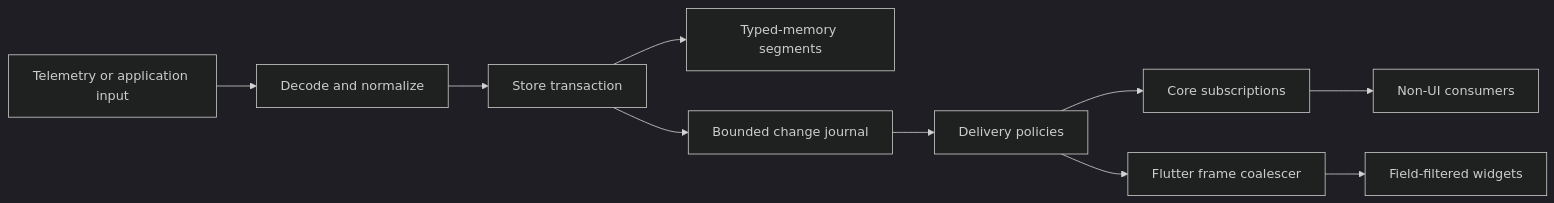
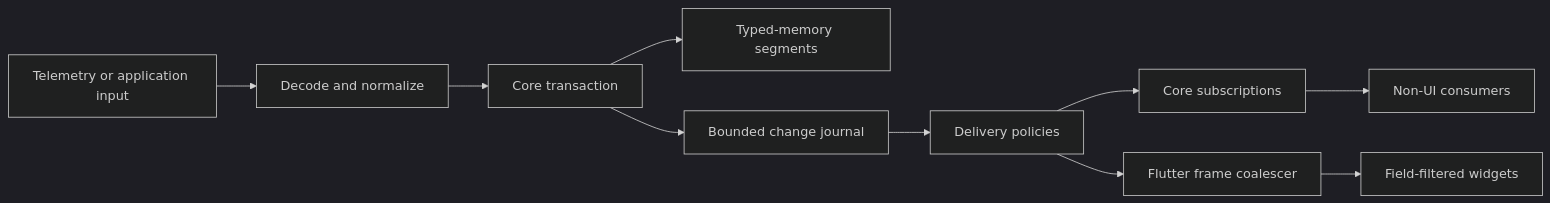
The second of 4 diagrams in docs/architecture.md (JohannesHupp/pulse_slab), drawn with Mermaid (dark theme) before and after one commit. The commit also changed other lines of this file and 192 other files, not shown here.

Commit message:
feat: Split Package in Dart Core Package and Flutter Adapter Package

````diff
--- a/docs/architecture.md
+++ b/docs/architecture.md
@@ -7,12 +25,12 @@
 ```mermaid
 flowchart LR
   Input[Telemetry or application input] --> Decode[Decode and normalize]
-  Decode --> Write[Store transaction]
+  Decode --> Write[Core transaction]
   Write --> Memory[Typed-memory segments]
   Write --> Journal[Bounded change journal]
   Journal --> Policies[Delivery policies]
-  Policies --> Core[Core subscriptions]
-  Policies --> Frame[Flutter frame coalescer]
-  Frame --> Widgets[Field-filtered widgets]
-  Core --> Services[Non-UI consumers]
+  Policies --> CoreConsumers[Core subscriptions]
+  Policies --> FlutterAdapter[Flutter frame coalescer]
+  FlutterAdapter --> Widgets[Field-filtered widgets]
+  CoreConsumers --> Services[Non-UI consumers]
 ```
````
